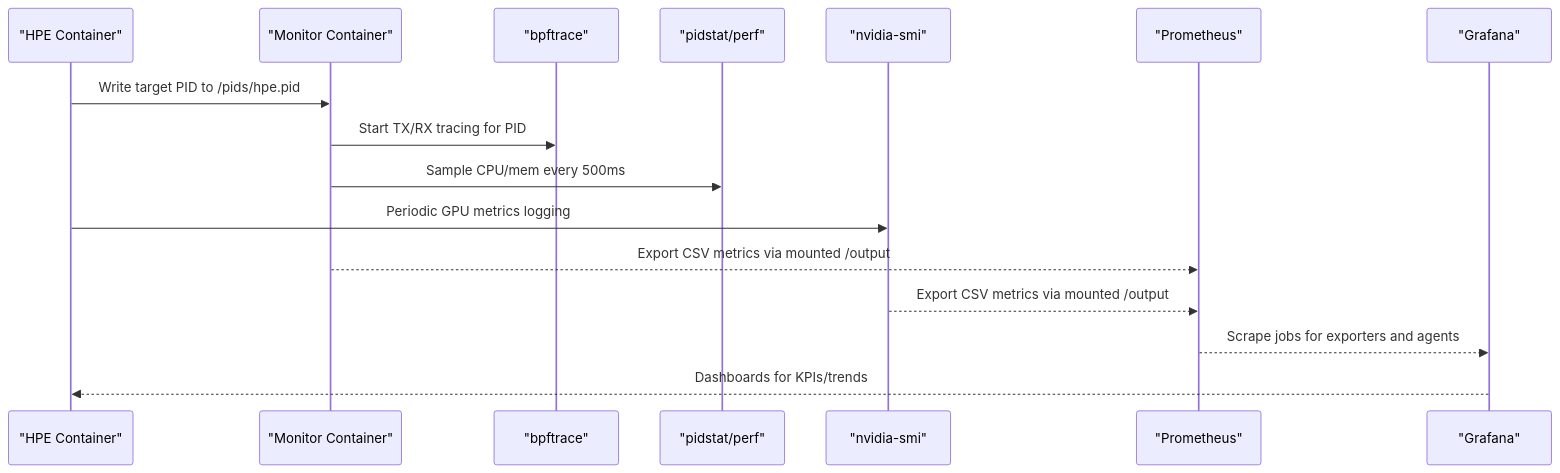
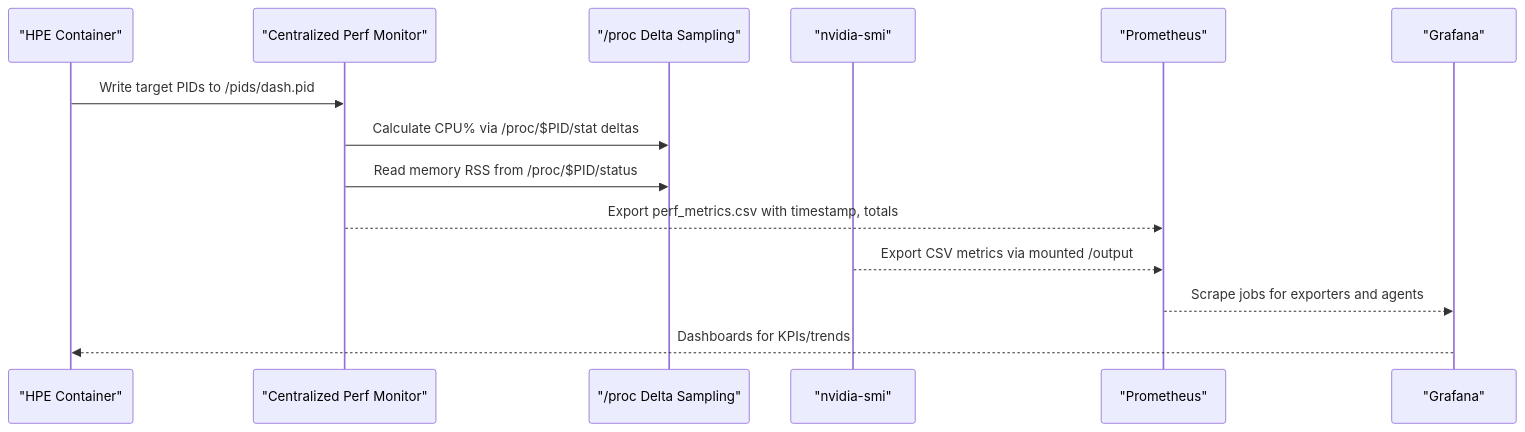
Before and after one commit to Fogus-Gr/MeasurementsDTs: the second of 10 diagrams in .qoder/repowiki/en/content/Monitoring and Analytics/Performance Monitoring.md, drawn with Mermaid. The commit also changed other lines of this file and 10 other files, not shown here.

````diff
--- a/.qoder/repowiki/en/content/Monitoring and Analytics/Performance Monitoring.md
+++ b/.qoder/repowiki/en/content/Monitoring and Analytics/Performance Monitoring.md
@@ -113,18 +124,16 @@
 ```mermaid
 sequenceDiagram
 participant HPE as "HPE Container"
-participant Mon as "Monitor Container"
-participant BPF as "bpftrace"
-participant PID as "pidstat/perf"
+participant Shared as "Centralized Perf Monitor"
+participant Proc as "/proc Delta Sampling"
 participant NSMI as "nvidia-smi"
 participant Prom as "Prometheus"
 participant Graf as "Grafana"
-HPE->>Mon : Write target PID to /pids/hpe.pid
-Mon->>BPF : Start TX/RX tracing for PID
-Mon->>PID : Sample CPU/mem every 500ms
-HPE->>NSMI : Periodic GPU metrics logging
-Mon-->>Prom : Export CSV metrics via mounted /output
+HPE->>Shared : Write target PIDs to /pids/dash.pid
+Shared->>Proc : Calculate CPU% via /proc/$PID/stat deltas
+Shared->>Proc : Read memory RSS from /proc/$PID/status
+Shared-->>Prom : Export perf_metrics.csv with timestamp, totals
 NSMI-->>Prom : Export CSV metrics via mounted /output
 Prom-->>Graf : Scrape jobs for exporters and agents
 Graf-->>HPE : Dashboards for KPIs/trends
 ```
````
